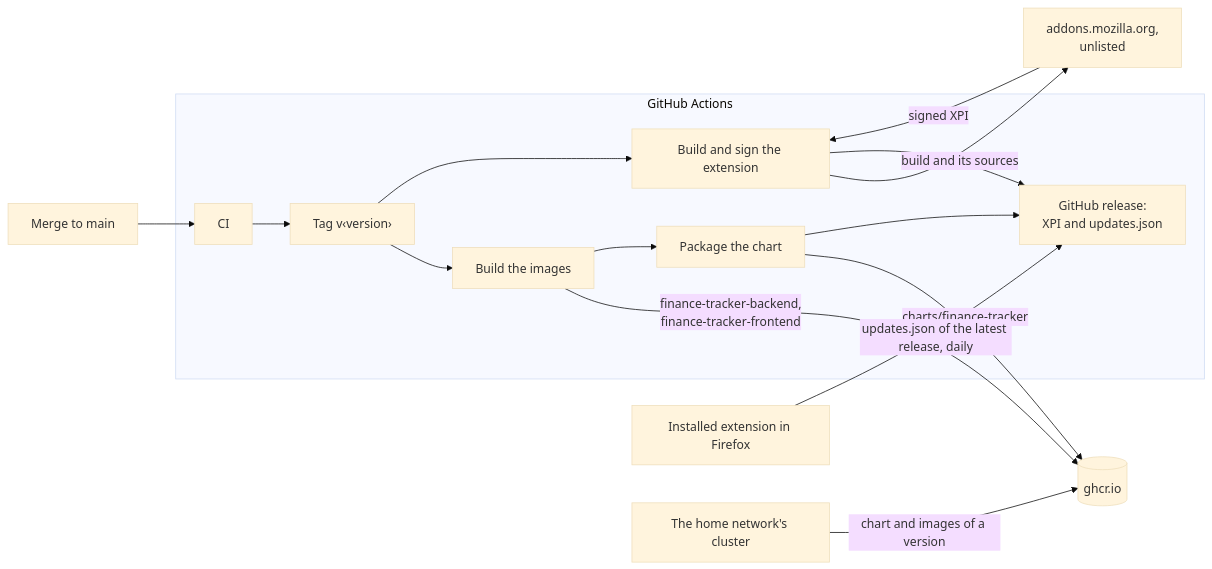
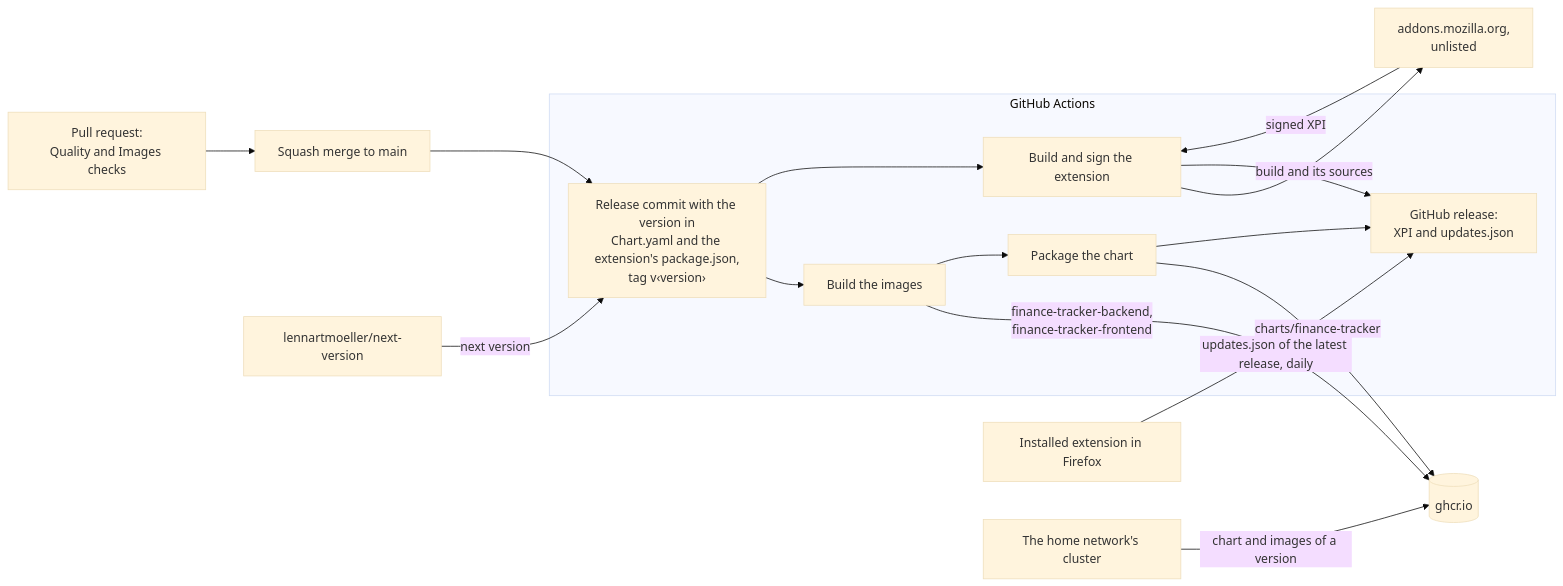
Before and after one commit to lennartmoeller/finance-tracker: the third of 3 diagrams in docs/contract/hosting.md, drawn with Mermaid (base theme). The commit also changed other lines of this file and 42 other files, not shown here.

````diff
--- a/docs/contract/hosting.md
+++ b/docs/contract/hosting.md
@@ -63,23 +63,25 @@
 ```mermaid
 flowchart LR
-  merge["Merge to main"]
+  pr["Pull request:<br/>Quality and Images checks"]
+  merge["Squash merge to main"]
+  nextversion["lennartmoeller/next-version"]
   subgraph actions["GitHub Actions"]
-    ci["CI"]
-    tag["Tag v‹version›"]
+    tag["Release commit with the version in<br/>Chart.yaml and the extension's package.json,<br/>tag v‹version›"]
     images["Build the images"]
     chart["Package the chart"]
     extension["Build and sign the extension"]
     release["GitHub release:<br/>XPI and updates.json"]
   end
   ghcr[("ghcr.io")]
   amo["addons.mozilla.org,<br/>unlisted"]
   firefox["Installed extension in Firefox"]
   cluster["The home network's cluster"]
-  merge --> ci --> tag
+  pr --> merge --> tag
+  nextversion -- "next version" --> tag
   tag --> images -- "finance-tracker-backend,<br/>finance-tracker-frontend" --> ghcr
   images --> chart -- "charts/finance-tracker" --> ghcr
   tag --> extension -- "build and its sources" --> amo -- "signed XPI" --> extension
   chart & extension --> release
   firefox -- "updates.json of the latest release, daily" --> release
   cluster -- "chart and images of a version" --> ghcr
 ```
````
